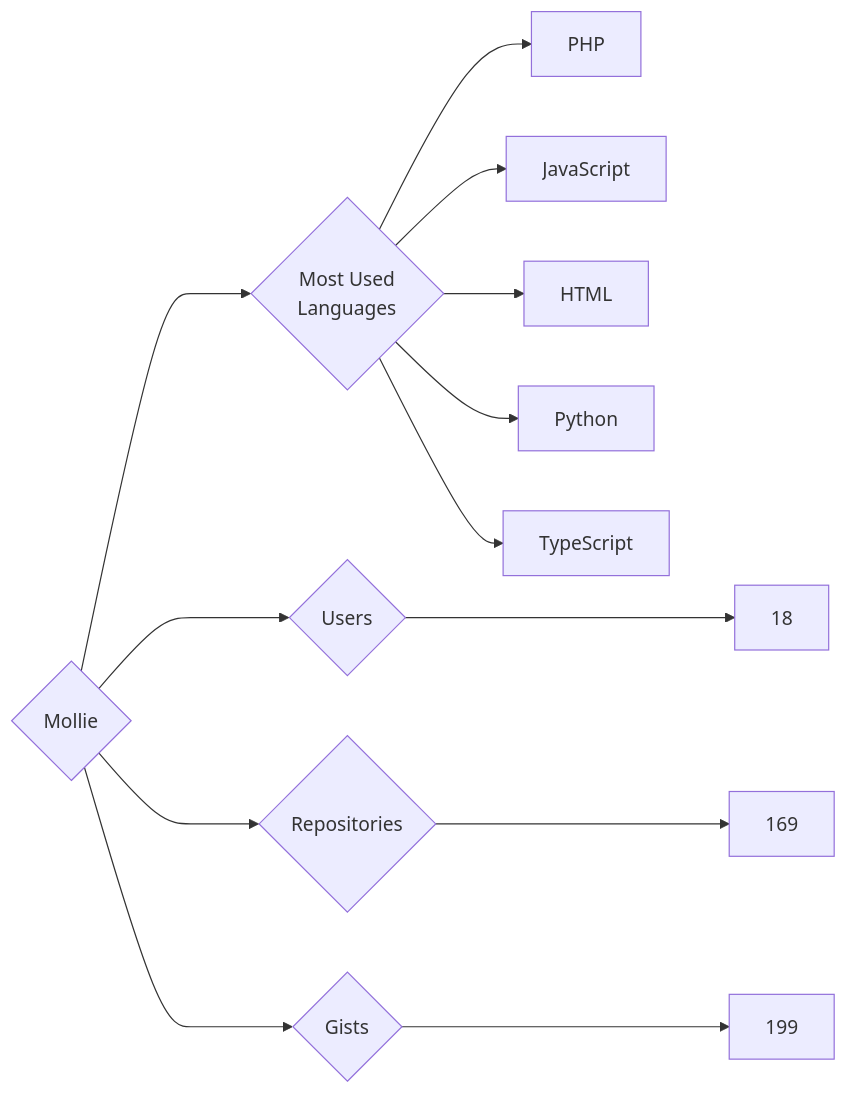
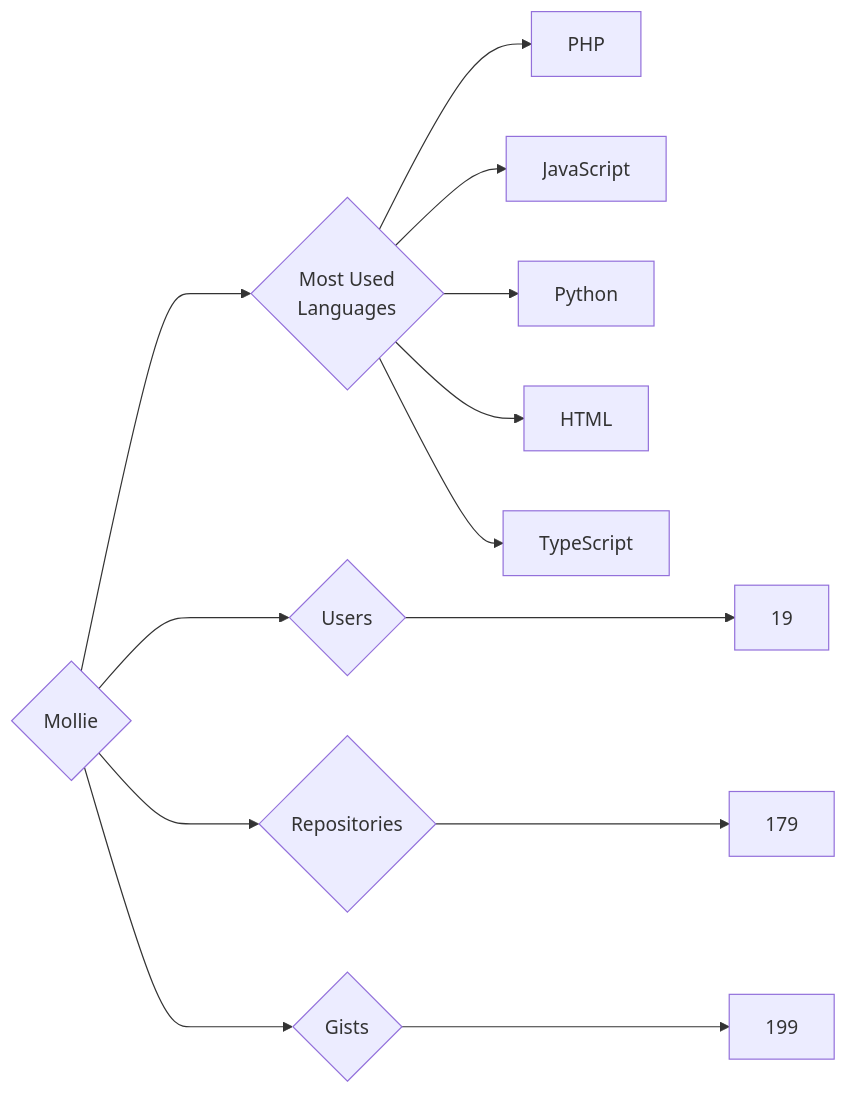
One commit to trickest/insiders changed the diagram in targets/Mollie/README.md. Above: the diagram before and after it, drawn with Mermaid. The commit also changed 939 other files, not shown here.

````diff
--- a/targets/Mollie/README.md
+++ b/targets/Mollie/README.md
@@ -3,13 +3,13 @@
 ```mermaid
 graph LR
 COMPANY_NAME{Mollie}
-COMPANY_NAME ---> U{Users} ---> UN[18]
-COMPANY_NAME ---> R{Repositories} ---> RN[169]
+COMPANY_NAME ---> U{Users} ---> UN[19]
+COMPANY_NAME ---> R{Repositories} ---> RN[179]
 COMPANY_NAME ---> G{Gists} ---> GN[199]
 COMPANY_NAME ---> ML{Most Used<br>Languages}
 ML --> PHP[PHP]
 ML --> JavaScript[JavaScript]
+ML --> Python[Python]
 ML --> HTML[HTML]
-ML --> Python[Python]
 ML --> TypeScript[TypeScript]
 ```
````
